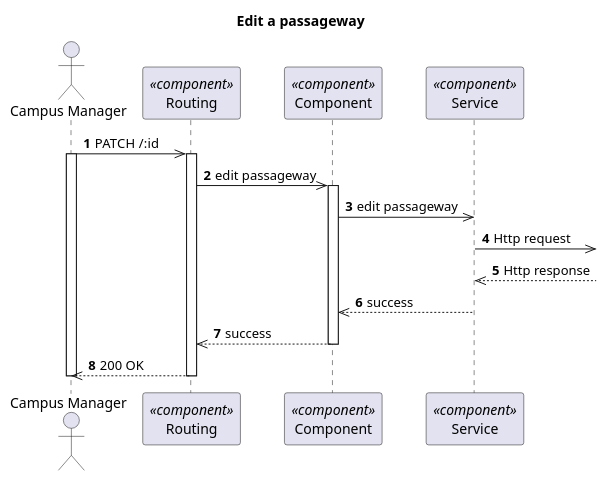
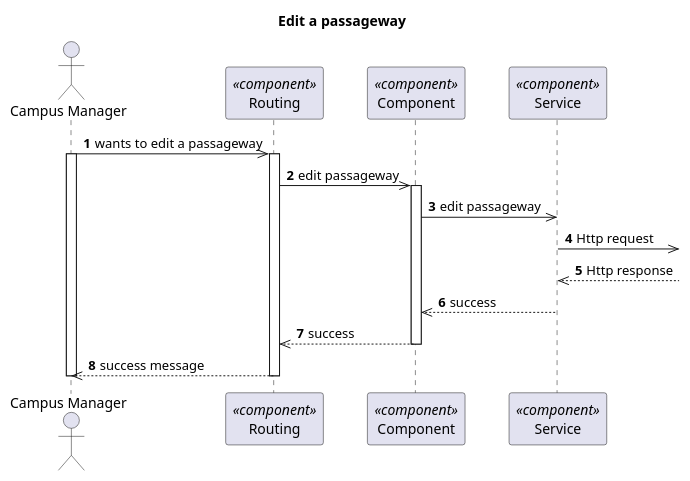
The diagram in docs/VistaProcesso/US250(1180)/Visualization/ProcessView_Level3_US1180.puml (1210910/lapr5), drawn with PlantUML before and after one commit. The commit also changed 14 other files, not shown here.

Commit message:
Fixed diagrams (communication user/system)

```diff
--- a/docs/VistaProcesso/US250(1180)/Visualization/ProcessView_Level3_US1180.puml
+++ b/docs/VistaProcesso/US250(1180)/Visualization/ProcessView_Level3_US1180.puml
@@ -1,35 +1,35 @@
 @startuml Process View - Level 3 - Edit a passageway
 
 autonumber
 skinparam packageStyle rect
 
 title Edit a passageway
 
 actor "Campus Manager" as CM
 participant "Routing" as routing <<component>>
 participant "Component" as comp <<component>>
 participant "Service" as service <<component>>
 
 
-CM->> routing : PATCH /:id
+CM->> routing : wants to edit a passageway
 activate CM
 activate routing
 routing ->> comp : edit passageway
 
 activate comp
 comp ->> service : edit passageway
 
 service ->> : Http request
 service <<-- : Http response
 
 service -->> comp : success
 deactivate service
 
 comp -->> routing : success
 deactivate comp
 
-CM<<-- routing : 200 OK
+CM<<-- routing : success message
 deactivate routing
 deactivate CM
 
 @enduml
```
